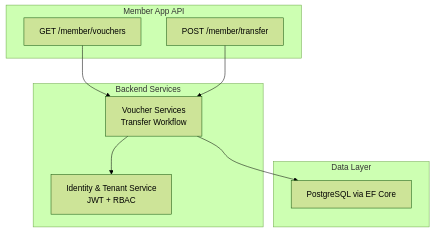
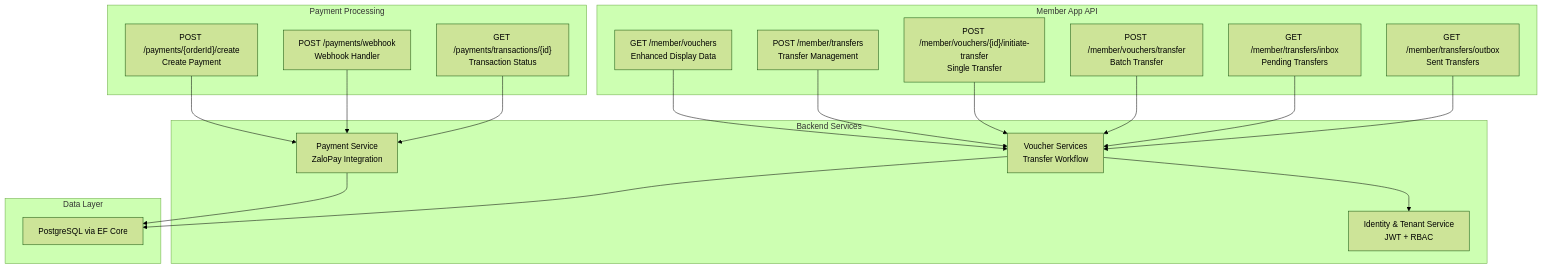
The first of 4 diagrams in .qoder/repowiki/en/content/API Contracts and Integration/Member App API/Member App API.md (lamhongbac/NonCash), drawn with Mermaid (forest theme) before and after one commit. The commit also changed other lines of this file and 13 other files, not shown here.

````diff
--- a/.qoder/repowiki/en/content/API Contracts and Integration/Member App API/Member App API.md
+++ b/.qoder/repowiki/en/content/API Contracts and Integration/Member App API/Member App API.md
@@ -33,18 +57,36 @@
 ```mermaid
 graph TB
 subgraph "Member App API"
-A["GET /member/vouchers"]
-B["POST /member/transfer"]
+A["GET /member/vouchers<br/>Enhanced Display Data"]
+B["POST /member/transfers<br/>Transfer Management"]
+C["POST /member/vouchers/{id}/initiate-transfer<br/>Single Transfer"]
+D["POST /member/vouchers/transfer<br/>Batch Transfer"]
+E["GET /member/transfers/inbox<br/>Pending Transfers"]
+F["GET /member/transfers/outbox<br/>Sent Transfers"]
+end
+subgraph "Payment Processing"
+G["POST /payments/{orderId}/create<br/>Create Payment"]
+H["POST /payments/webhook<br/>Webhook Handler"]
+I["GET /payments/transactions/{id}<br/>Transaction Status"]
 end
 subgraph "Backend Services"
 Svc["Voucher Services<br/>Transfer Workflow"]
+PaySvc["Payment Service<br/>ZaloPay Integration"]
 IdSvc["Identity & Tenant Service<br/>JWT + RBAC"]
 end
 subgraph "Data Layer"
 DAL["PostgreSQL via EF Core"]
 end
 A --> Svc
 B --> Svc
+C --> Svc
+D --> Svc
+E --> Svc
+F --> Svc
+G --> PaySvc
+H --> PaySvc
+I --> PaySvc
 Svc --> IdSvc
+PaySvc --> DAL
 Svc --> DAL
 ```
````
